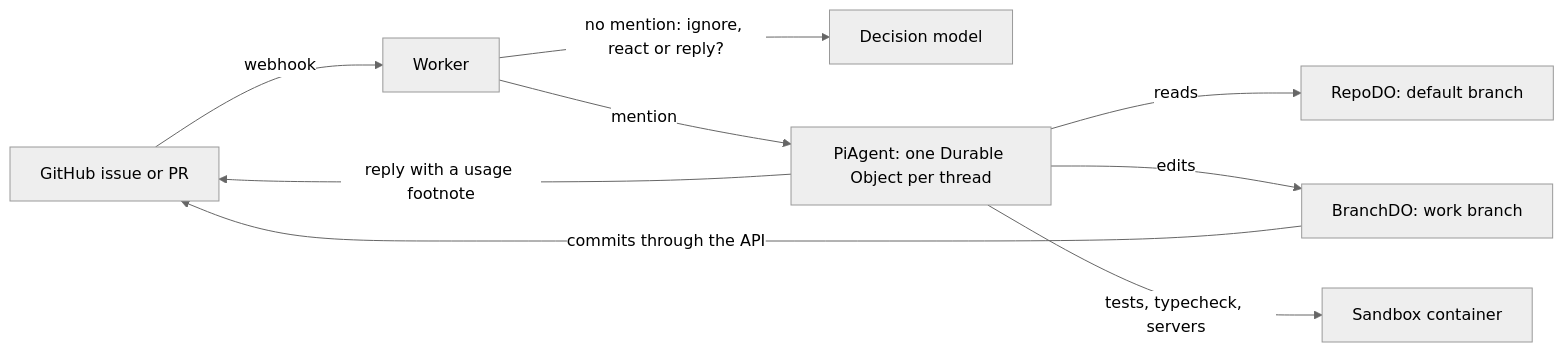
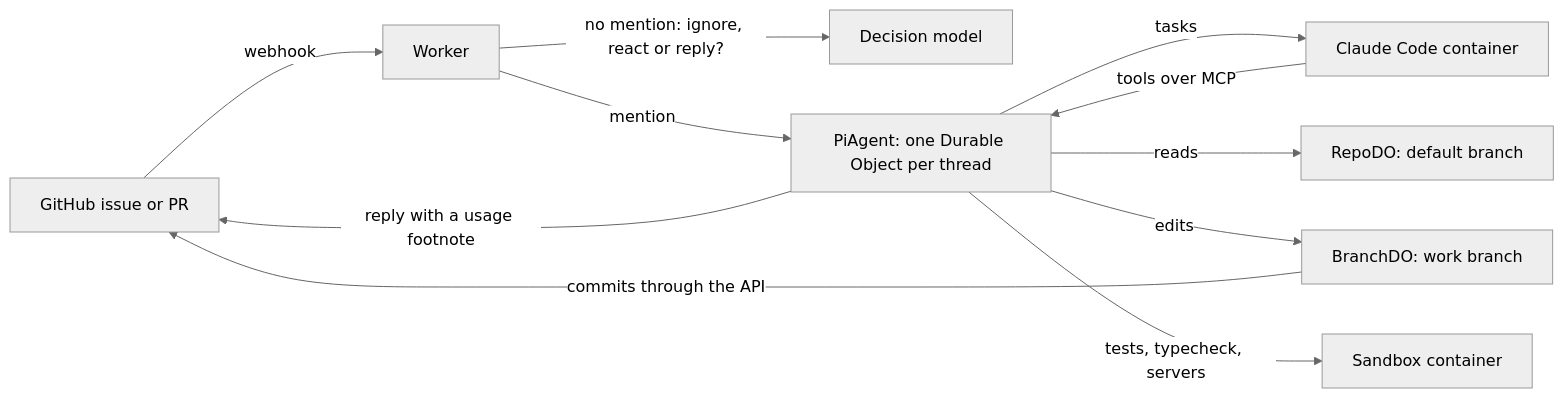
The diagram in README.md (madscientist111/benny), drawn with Mermaid (neutral theme) before and after one commit. The commit also changed other lines of this file and 1 other file, not shown here.

````diff
--- a/README.md
+++ b/README.md
@@ -46,11 +52,13 @@
 ```mermaid
 flowchart LR
   gh[GitHub issue or PR] -->|webhook| worker[Worker]
   worker -->|no mention: ignore, react or reply?| jev[Decision model]
   worker -->|mention| agent[PiAgent: one Durable Object per thread]
+  agent -->|tasks| claude[Claude Code container]
+  claude -->|tools over MCP| agent
   agent -->|reads| repo[RepoDO: default branch]
   agent -->|edits| branch[BranchDO: work branch]
   agent -->|tests, typecheck, servers| sandbox[Sandbox container]
   branch -->|commits through the API| gh
   agent -->|reply with a usage footnote| gh
 ```
````
